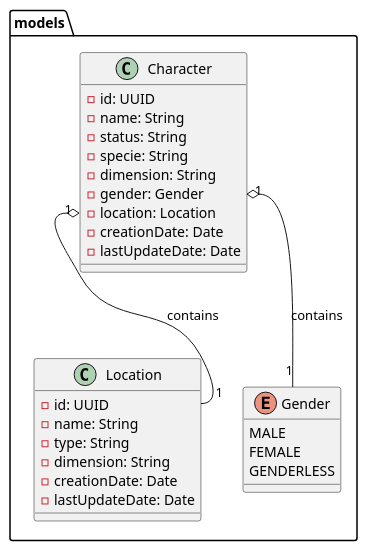
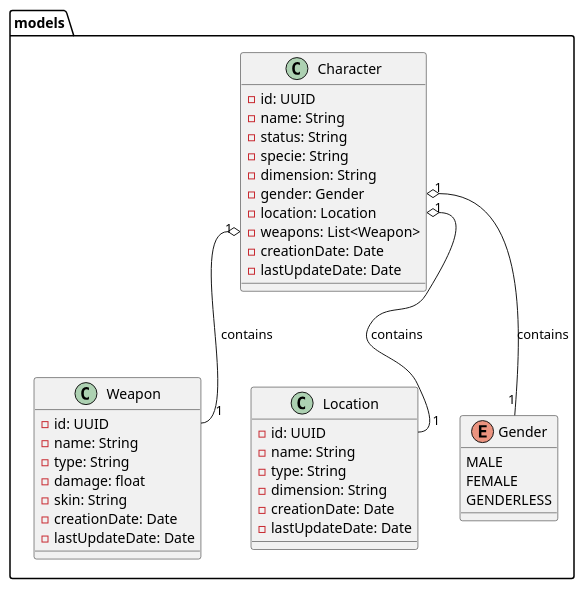
One commit to JoseLozadaAD/rick-and-morty changed the diagram in resources/class-diagrams/models/class-diagram.puml. Above: the diagram before and after it, drawn with PlantUML. The commit also changed 12 other files, not shown here.

Commit message:
Updated class diagrams

```diff
--- a/resources/class-diagrams/models/class-diagram.puml
+++ b/resources/class-diagrams/models/class-diagram.puml
@@ -1,34 +1,46 @@
 @startuml
 'https://plantuml.com/class-diagram
 package models {
     class Character {
         - id: UUID
         - name: String
         - status: String
         - specie: String
         - dimension: String
         - gender: Gender
         - location: Location
+        - weapons: List<Weapon>
         - creationDate: Date
         - lastUpdateDate: Date
     }
+
+    class Weapon {
+            - id: UUID
+            - name: String
+            - type: String
+            - damage: float
+            - skin: String
+            - creationDate: Date
+            - lastUpdateDate: Date
+        }
 
     class Location {
         - id: UUID
         - name: String
         - type: String
         - dimension: String
         - creationDate: Date
         - lastUpdateDate: Date
     }
 
     enum Gender {
         MALE
         FEMALE
         GENDERLESS
     }
 }
 
 Character::gender "1" o-- "1" Gender : contains
 Character::location "1" o-- "  1" Location::id : contains
+Character::weapons "1" o-- "  1" Weapon::id : contains
 @enduml
```
